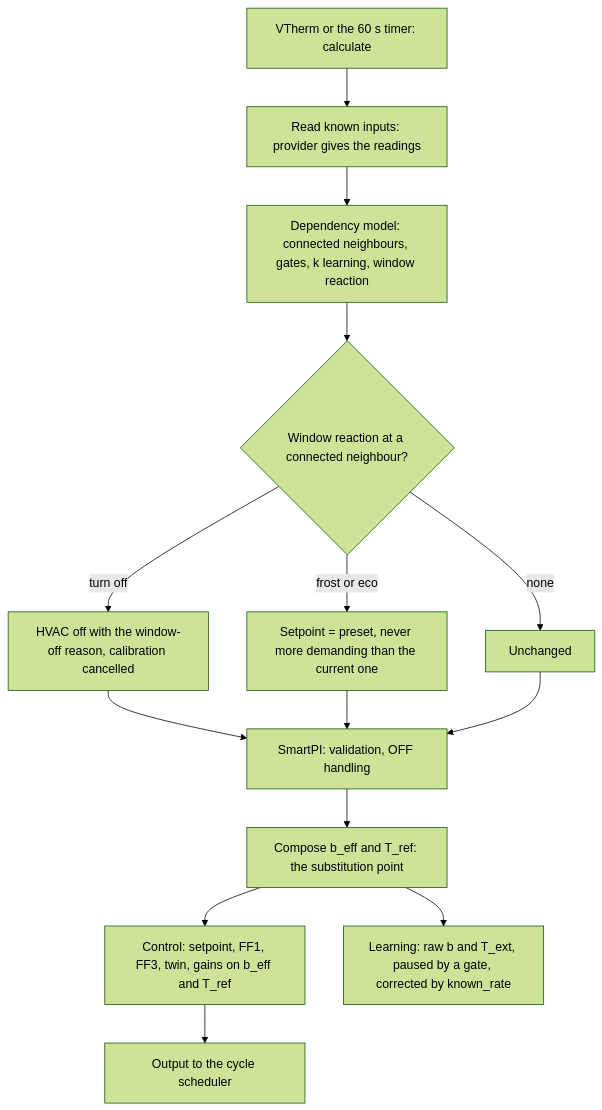
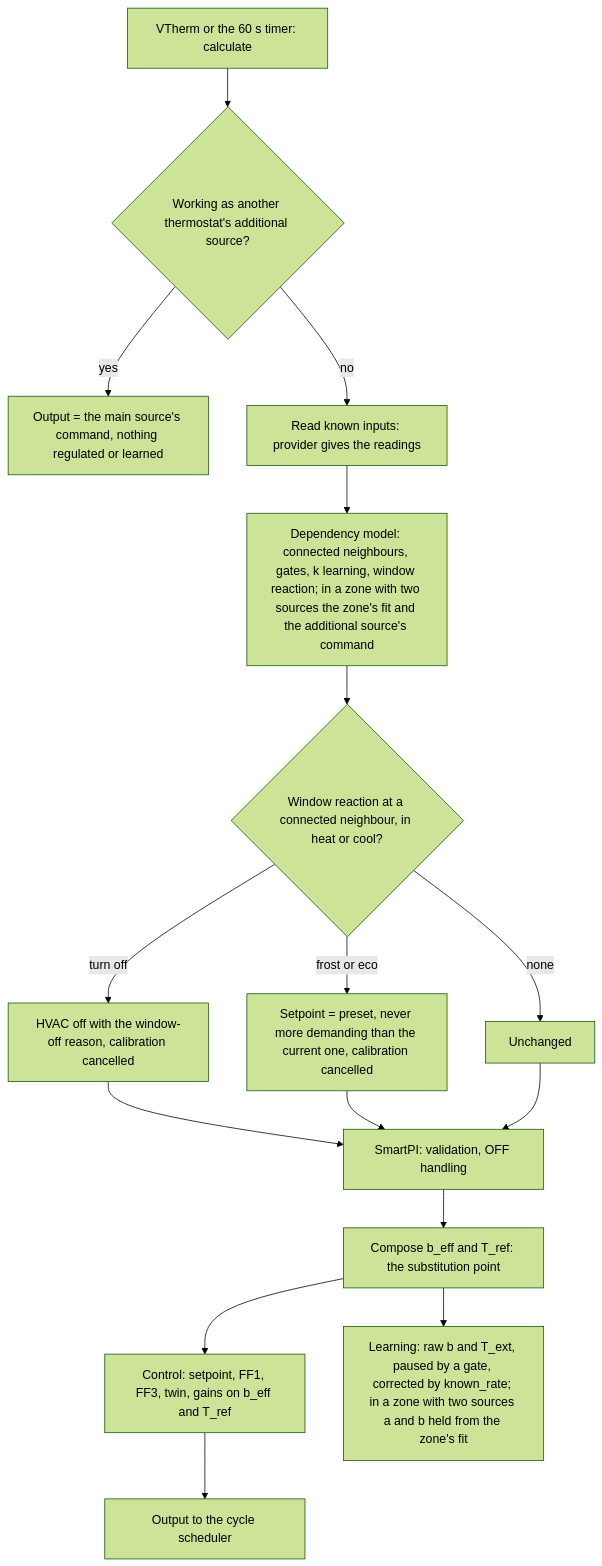
The first of 11 diagrams in documentation/en/zone_dependencies.md (Shadow-230/vtherm_smartpi), drawn with Mermaid (forest theme) before and after one commit. The commit also changed other lines of this file and 8 other files, not shown here.

````diff
--- a/documentation/en/zone_dependencies.md
+++ b/documentation/en/zone_dependencies.md
@@ -142,16 +148,18 @@
 ```mermaid
 flowchart TD
-    A[VTherm or the 60 s timer: calculate] --> B[Read known inputs: provider gives the readings]
-    B --> C[Dependency model: connected neighbours, gates, k learning, window reaction]
-    C --> D{Window reaction at a connected neighbour?}
+    A[VTherm or the 60 s timer: calculate] --> X{Working as another thermostat's additional source?}
+    X -- yes --> Y[Output = the main source's command, nothing regulated or learned]
+    X -- no --> B[Read known inputs: provider gives the readings]
+    B --> C[Dependency model: connected neighbours, gates, k learning, window reaction; in a zone with two sources the zone's fit and the additional source's command]
+    C --> D{Window reaction at a connected neighbour, in heat or cool?}
     D -- turn off --> E[HVAC off with the window-off reason, calibration cancelled]
-    D -- frost or eco --> F[Setpoint = preset, never more demanding than the current one]
+    D -- frost or eco --> F[Setpoint = preset, never more demanding than the current one, calibration cancelled]
     D -- none --> G[Unchanged]
     E --> H[SmartPI: validation, OFF handling]
     F --> H
     G --> H
     H --> I[Compose b_eff and T_ref: the substitution point]
     I --> J[Control: setpoint, FF1, FF3, twin, gains on b_eff and T_ref]
-    I --> K[Learning: raw b and T_ext, paused by a gate, corrected by known_rate]
+    I --> K[Learning: raw b and T_ext, paused by a gate, corrected by known_rate; in a zone with two sources a and b held from the zone's fit]
     J --> L[Output to the cycle scheduler]
 ```
````
